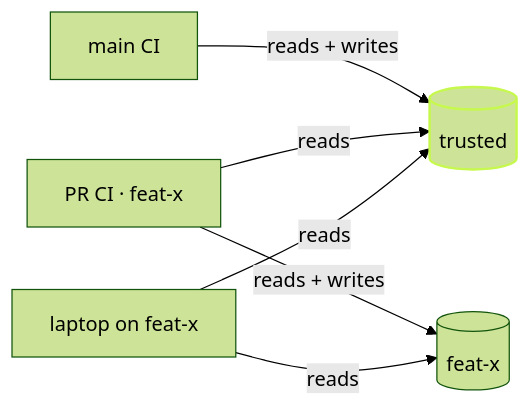
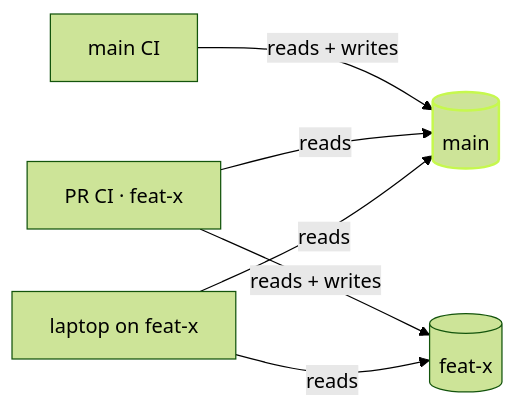
One commit to vznjs/vx changed the diagram in private/vx-docs/src/content/docs/blog/the-cache-on-your-terms.md. Above: the diagram before and after it, drawn with Mermaid (forest theme). The commit also changed other lines of this file and 41 other files, not shown here.

````diff
--- a/private/vx-docs/src/content/docs/blog/the-cache-on-your-terms.md
+++ b/private/vx-docs/src/content/docs/blog/the-cache-on-your-terms.md
@@ -85,9 +85,9 @@
 ```mermaid
 flowchart LR
-  M[main CI] -->|reads + writes| T[(trusted)]
+  M[main CI] -->|reads + writes| T[(main)]
   P[PR CI · feat-x] -->|reads| T
   P -->|reads + writes| S[(feat-x)]
   L[laptop on feat-x] -->|reads| S
   L -->|reads| T
   style T stroke:#c6f84e,stroke-width:2px
 ```
````
